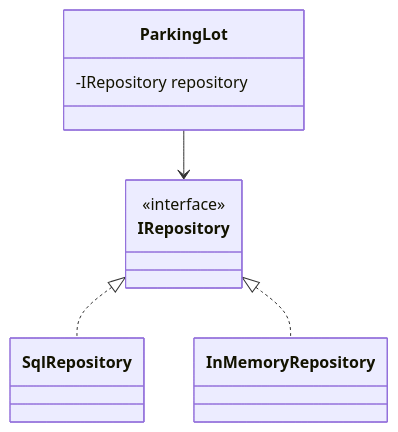
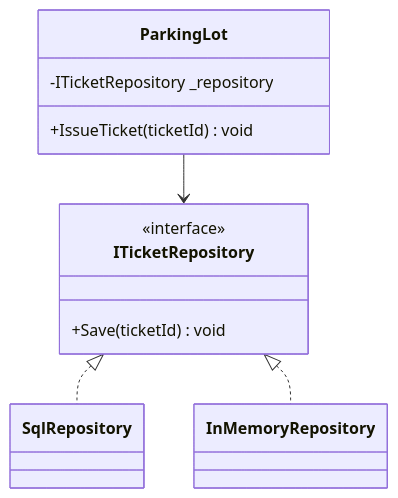
One commit to tushardongre1990/LLD-Claude changed the eighth of 8 diagrams in 00-Foundations/03-SOLID-Principles/notes.md. Above: the diagram before and after it, drawn with Mermaid. The commit also changed other lines of this file and 52 other files, not shown here.

First line of the commit message:
docs(03-SOLID, 04-Patterns): make notes self-contained; fix diagram/code drift

````diff
--- a/00-Foundations/03-SOLID-Principles/notes.md
+++ b/00-Foundations/03-SOLID-Principles/notes.md
@@ -167,12 +290,16 @@
 ```mermaid
 classDiagram
     class ParkingLot {
-        -IRepository repository
+        -ITicketRepository _repository
+        +IssueTicket(ticketId) void
     }
-    class IRepository { <<interface>> }
+    class ITicketRepository {
+        <<interface>>
+        +Save(ticketId) void
+    }
     class SqlRepository
     class InMemoryRepository
-    ParkingLot --> IRepository
-    IRepository <|.. SqlRepository
-    IRepository <|.. InMemoryRepository
+    ParkingLot --> ITicketRepository
+    ITicketRepository <|.. SqlRepository
+    ITicketRepository <|.. InMemoryRepository
 ```
````
